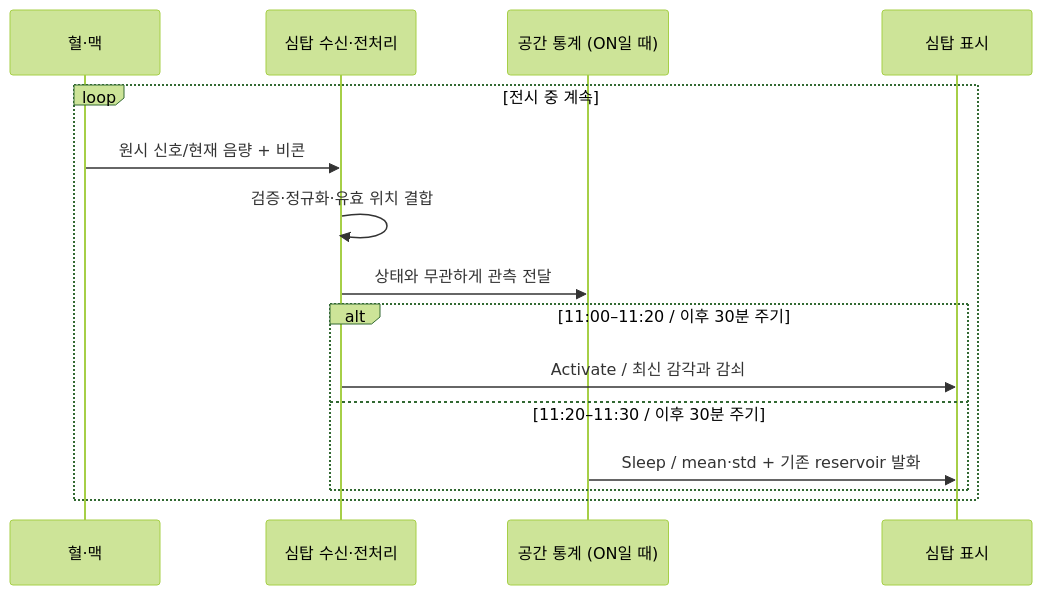
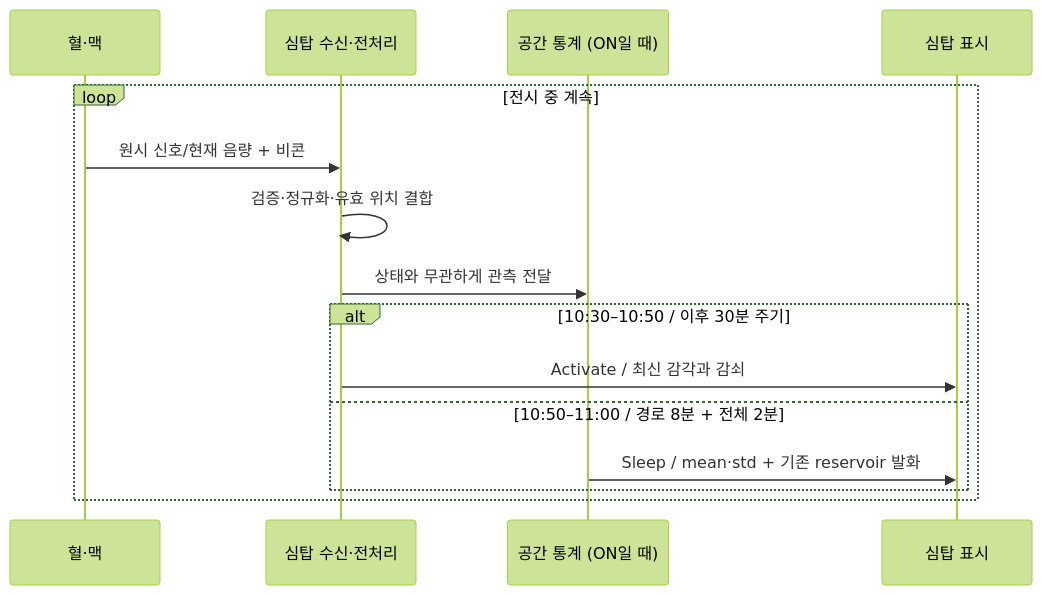
Before and after one commit to skynot0625/2026_Ripples: the third of 3 diagrams in docs/DATA_FLOW.md, drawn with Mermaid (forest theme). The commit also changed other lines of this file and 49 other files, not shown here.

````diff
--- a/docs/DATA_FLOW.md
+++ b/docs/DATA_FLOW.md
@@ -105,17 +106,17 @@
 ```mermaid
 sequenceDiagram
   participant Sensor as 혈·맥
   participant RX as 심탑 수신·전처리
   participant DB as 공간 통계 (ON일 때)
   participant LED as 심탑 표시
   loop 전시 중 계속
     Sensor->>RX: 원시 신호/현재 음량 + 비콘
     RX->>RX: 검증·정규화·유효 위치 결합
     RX->>DB: 상태와 무관하게 관측 전달
-    alt 11:00–11:20 / 이후 30분 주기
+    alt 10:30–10:50 / 이후 30분 주기
       RX->>LED: Activate / 최신 감각과 감쇠
-    else 11:20–11:30 / 이후 30분 주기
+    else 10:50–11:00 / 경로 8분 + 전체 2분
       DB->>LED: Sleep / mean·std + 기존 reservoir 발화
     end
   end
 ```
````
